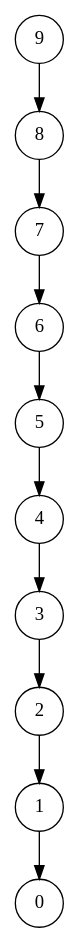
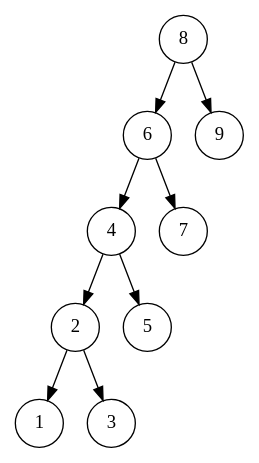
One commit to windlikewate/2026-2027AW_ADS_project changed the diagram in project/project1/src/visualizations/splay.dot. Above: the diagram before and after it, drawn with Graphviz. The commit also changed 33 other files, not shown here.

```diff
--- a/project/project1/src/visualizations/splay.dot
+++ b/project/project1/src/visualizations/splay.dot
@@ -1,13 +1,12 @@
 digraph SPLAY {
     node [shape=circle];
     rankdir=TB;
-    9 -> 8;
-    8 -> 7;
-    7 -> 6;
-    6 -> 5;
-    5 -> 4;
-    4 -> 3;
-    3 -> 2;
+    8 -> 6;
+    8 -> 9;
+    6 -> 4;
+    6 -> 7;
+    4 -> 2;
+    4 -> 5;
     2 -> 1;
-    1 -> 0;
+    2 -> 3;
 }
```
